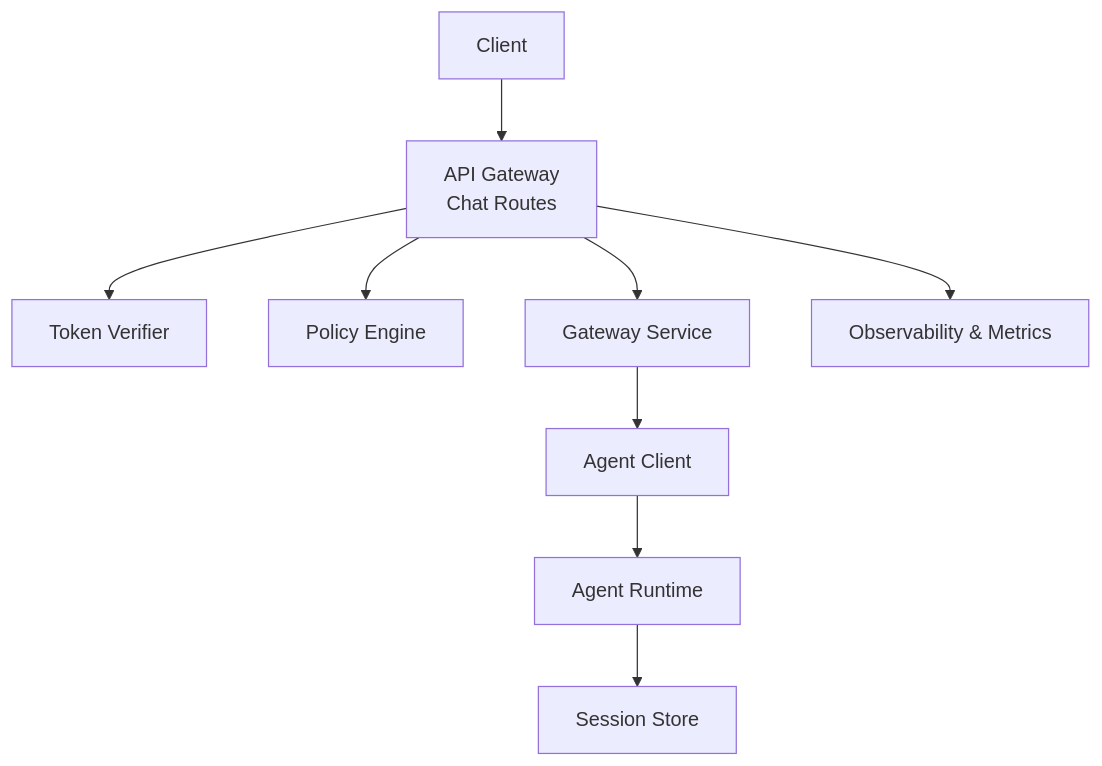
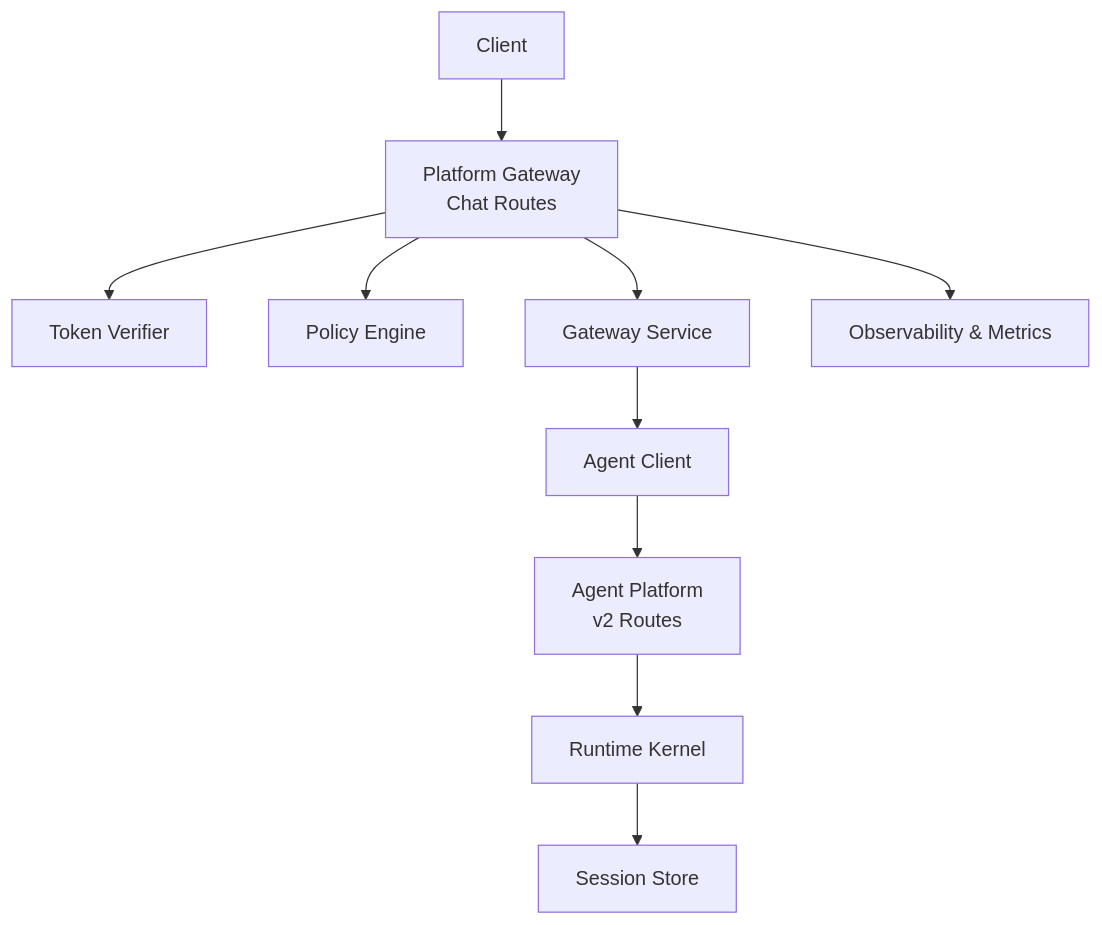
One commit to metasync/luban-aiops changed the first of 4 diagrams in .qoder/repowiki/en/content/API Reference/Agent Platform API/Chat Endpoints.md. Above: the diagram before and after it, drawn with Mermaid. The commit also changed other lines of this file and 24 other files, not shown here.

````diff
--- a/.qoder/repowiki/en/content/API Reference/Agent Platform API/Chat Endpoints.md
+++ b/.qoder/repowiki/en/content/API Reference/Agent Platform API/Chat Endpoints.md
@@ -40,11 +44,12 @@
 ```mermaid
 graph TB
-Client["Client"] --> GW["API Gateway<br/>Chat Routes"]
+Client["Client"] --> GW["Platform Gateway<br/>Chat Routes"]
 GW --> Auth["Token Verifier"]
 GW --> Policy["Policy Engine"]
 GW --> GS["Gateway Service"]
 GS --> AC["Agent Client"]
-AC --> AR["Agent Runtime"]
-AR --> Store["Session Store"]
+AC --> AP["Agent Platform<br/>v2 Routes"]
+AP --> Kernel["Runtime Kernel"]
+Kernel --> Store["Session Store"]
 GW --> Obs["Observability & Metrics"]
 ```
````
